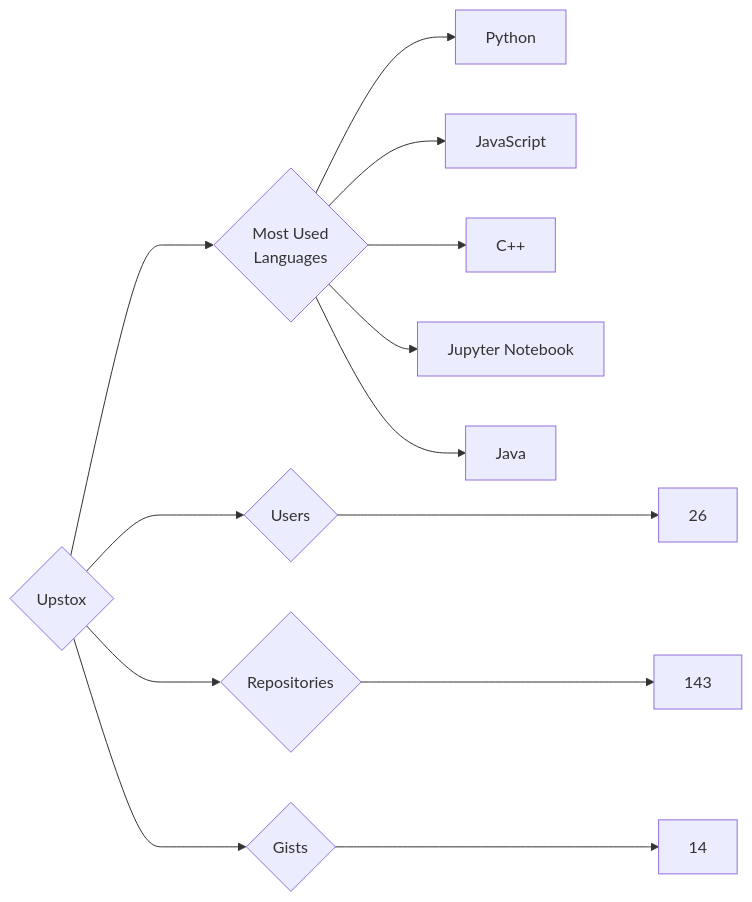
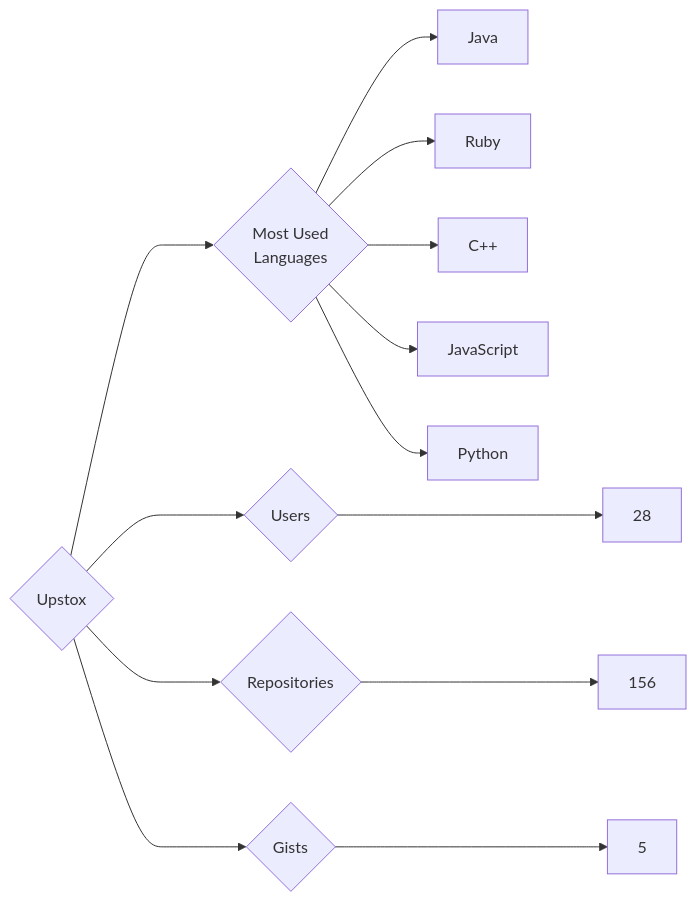
The diagram in targets/Upstox/README.md (trickest/insiders), drawn with Mermaid before and after one commit. The commit also changed 928 other files, not shown here.

````diff
--- a/targets/Upstox/README.md
+++ b/targets/Upstox/README.md
@@ -3,13 +3,13 @@
 ```mermaid
 graph LR
 COMPANY_NAME{Upstox}
-COMPANY_NAME ---> U{Users} ---> UN[26]
-COMPANY_NAME ---> R{Repositories} ---> RN[143]
-COMPANY_NAME ---> G{Gists} ---> GN[14]
+COMPANY_NAME ---> U{Users} ---> UN[28]
+COMPANY_NAME ---> R{Repositories} ---> RN[156]
+COMPANY_NAME ---> G{Gists} ---> GN[5]
 COMPANY_NAME ---> ML{Most Used<br>Languages}
+ML --> Java[Java]
+ML --> Ruby[Ruby]
+ML --> C++[C++]
+ML --> JavaScript[JavaScript]
 ML --> Python[Python]
-ML --> JavaScript[JavaScript]
-ML --> C++[C++]
-ML --> Jupyter_Notebook[Jupyter Notebook]
-ML --> Java[Java]
 ```
````
